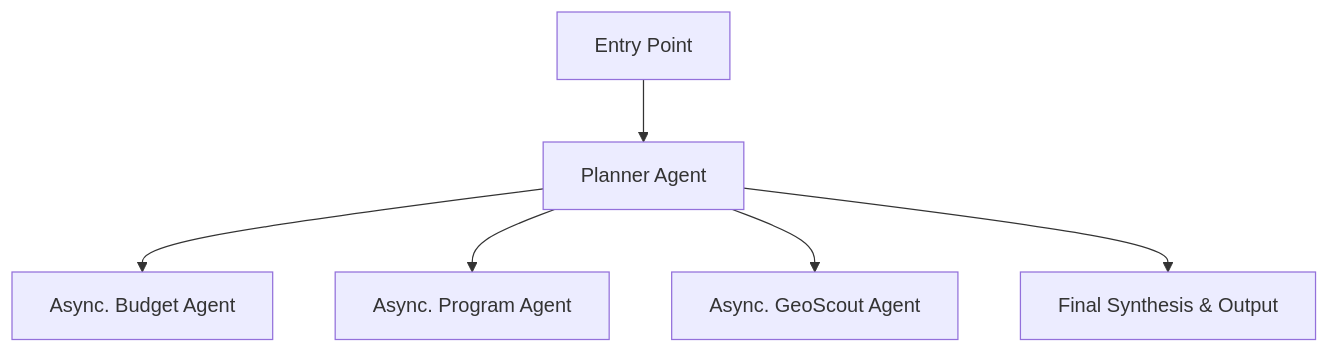
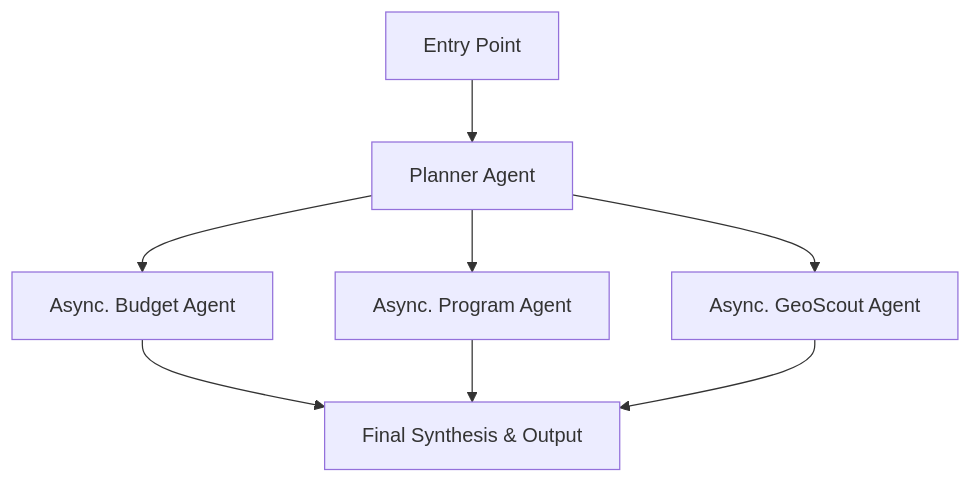
Before and after one commit to jackyang25/agentic-system-with-distributed-mcp-servers: the diagram in README.md, drawn with Mermaid.

````diff
--- a/README.md
+++ b/README.md
@@ -45,8 +45,10 @@
 ```mermaid
 flowchart TD
   F[Entry Point] --> A[Planner Agent]
   A --> B[Async. Budget Agent]
   A --> C[Async. Program Agent]
   A --> D[Async. GeoScout Agent]
-  A --> E[Final Synthesis & Output]
+  B --> E[Final Synthesis & Output]
+  C --> E[Final Synthesis & Output]
+  D --> E[Final Synthesis & Output]
 ```
````
